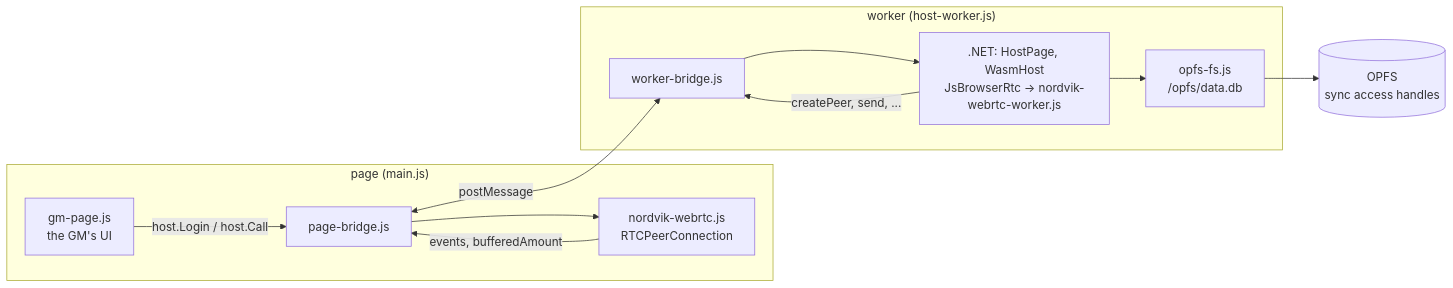
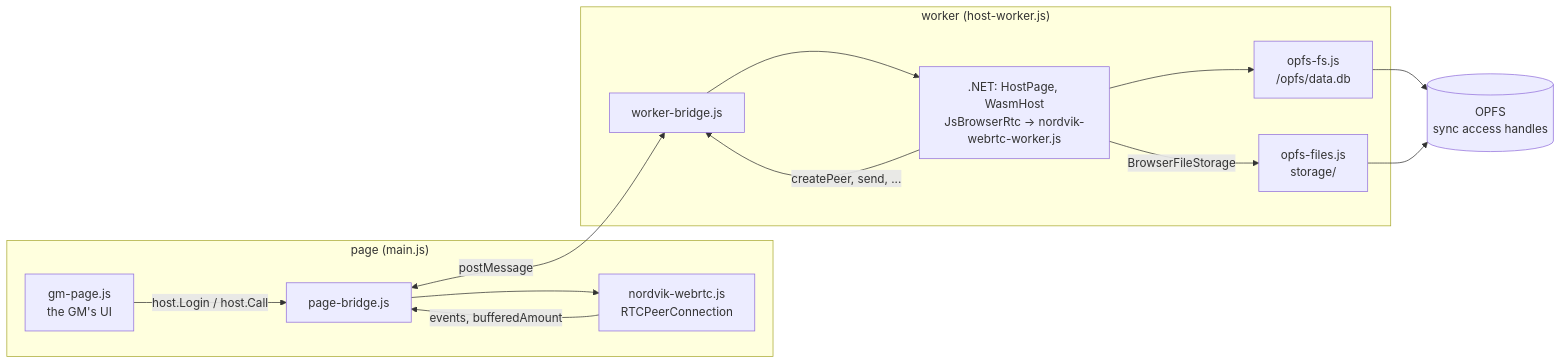
One commit to haffff/NordvikManager-Backend changed the diagram in NordvikManager.Wasm.Host/README.md. Above: the diagram before and after it, drawn with Mermaid. The commit also changed other lines of this file and 18 other files, not shown here.

First line of the commit message:
Browser host: file storage on OPFS (big uploads and card files survive a reload)

````diff
--- a/NordvikManager.Wasm.Host/README.md
+++ b/NordvikManager.Wasm.Host/README.md
@@ -11,21 +11,24 @@
 ```mermaid
 flowchart LR
     subgraph Page["page (main.js)"]
         UI["gm-page.js<br/>the GM's UI"]
         RTC["nordvik-webrtc.js<br/>RTCPeerConnection"]
         PB["page-bridge.js"]
     end
     subgraph Worker["worker (host-worker.js)"]
         NET[".NET: HostPage, WasmHost<br/>JsBrowserRtc → nordvik-webrtc-worker.js"]
         WB["worker-bridge.js"]
         FS["opfs-fs.js<br/>/opfs/data.db"]
+        FILES["opfs-files.js<br/>storage/"]
     end
     UI -- "host.Login / host.Call" --> PB
     PB <-- "postMessage" --> WB
     WB --> NET
     NET -- "createPeer, send, ..." --> WB
     PB --> RTC
     RTC -- "events, bufferedAmount" --> PB
     NET --> FS
+    NET -- "BrowserFileStorage" --> FILES
     FS --> OPFS[("OPFS<br/>sync access handles")]
+    FILES --> OPFS
 ```
````
